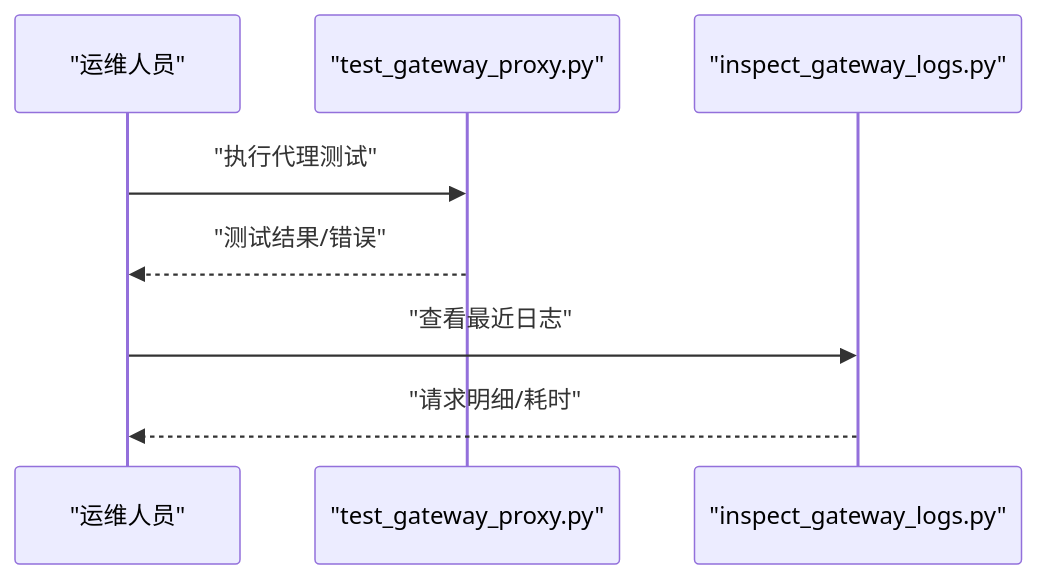
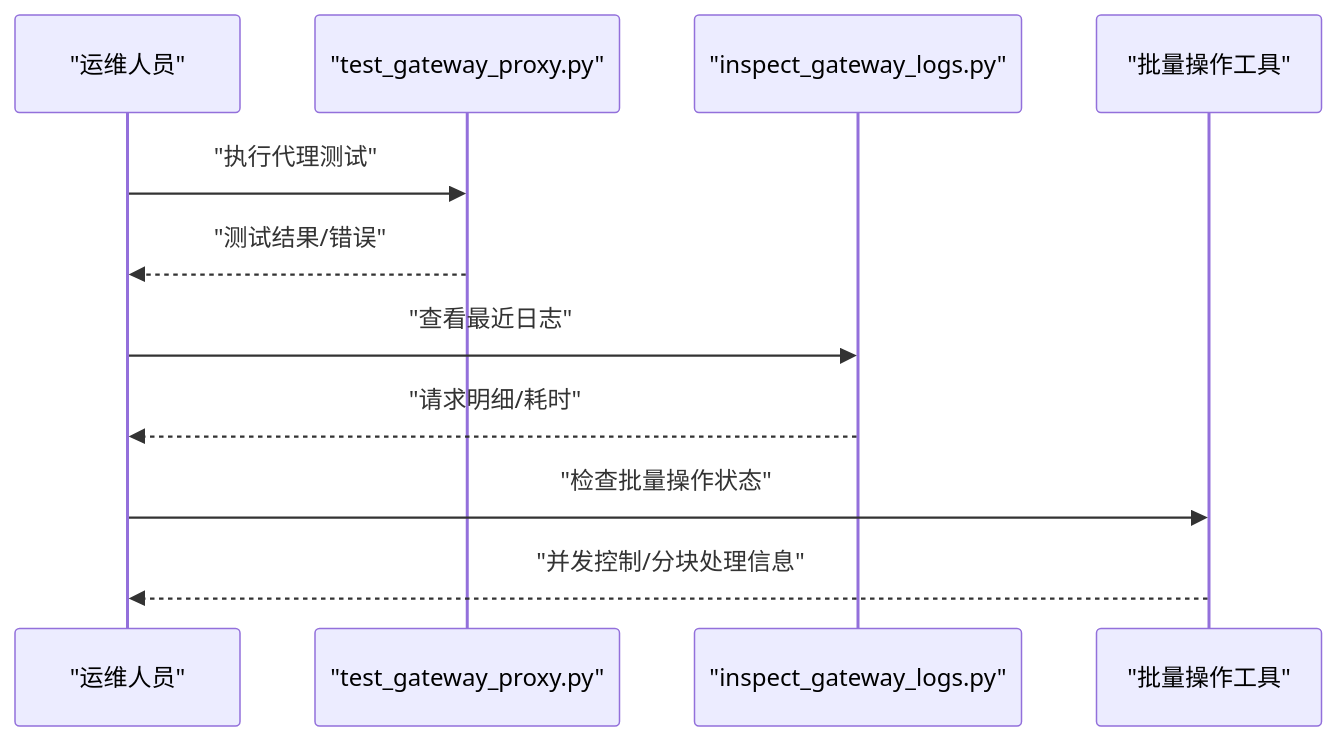
One commit to tianyehedashu/ai-agent changed diagram 13 of 13 in .qoder/repowiki/zh/content/API参考文档/REST API规范/网关API.md. Above: the diagram before and after it, drawn with Mermaid. The commit also changed other lines of this file and 46 other files, not shown here.

````diff
--- a/.qoder/repowiki/zh/content/API参考文档/REST API规范/网关API.md
+++ b/.qoder/repowiki/zh/content/API参考文档/REST API规范/网关API.md
@@ -398,10 +489,13 @@
 ```mermaid
 sequenceDiagram
 participant Operator as "运维人员"
 participant Script as "test_gateway_proxy.py"
 participant Logs as "inspect_gateway_logs.py"
+participant Batch as "批量操作工具"
 Operator->>Script : "执行代理测试"
 Script-->>Operator : "测试结果/错误"
 Operator->>Logs : "查看最近日志"
 Logs-->>Operator : "请求明细/耗时"
+Operator->>Batch : "检查批量操作状态"
+Batch-->>Operator : "并发控制/分块处理信息"
 ```
````
